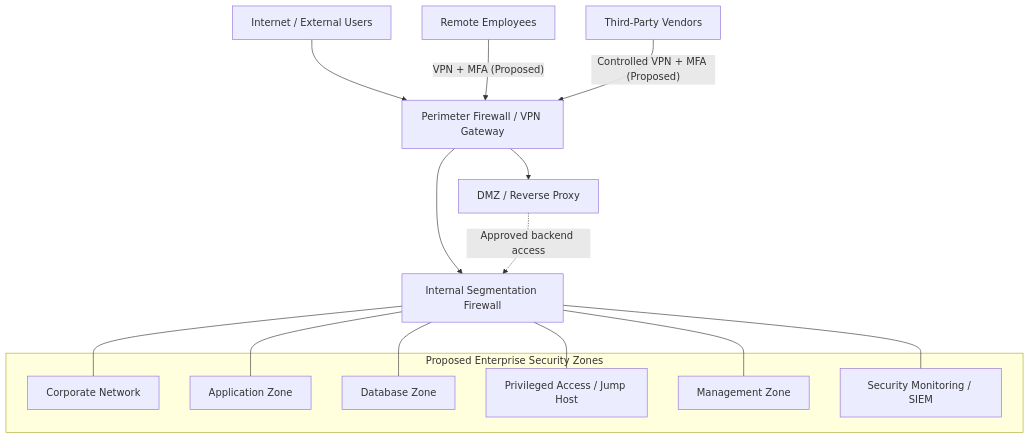
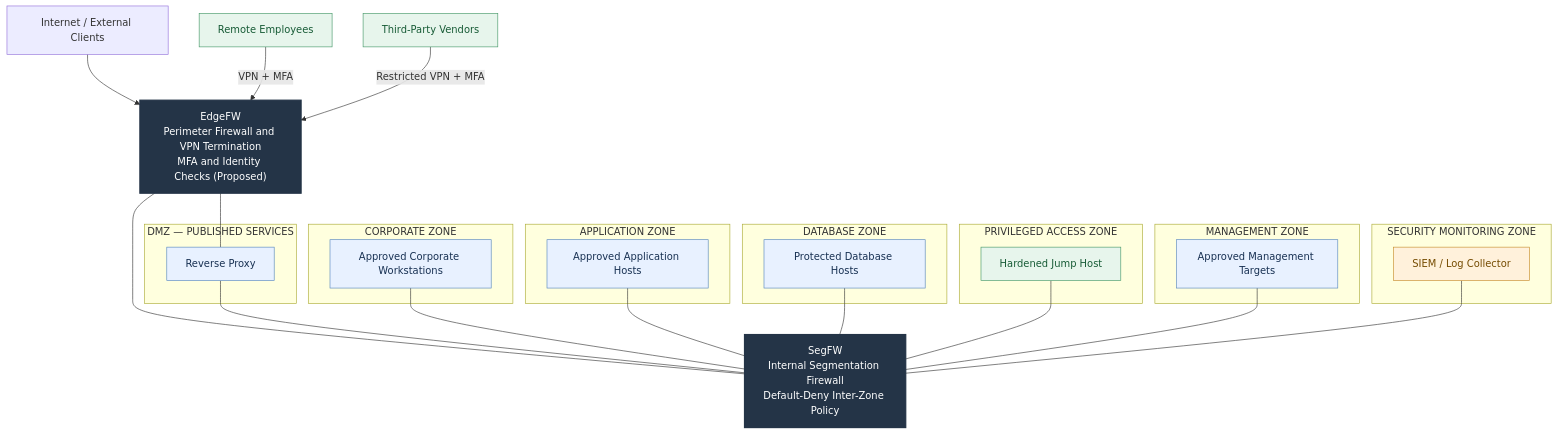
The second of 2 diagrams in enterprise-network-segmentation/06-proposed-secure-architecture.md (soallahim/security-architecture-portfolio), drawn with Mermaid before and after one commit. The commit also changed other lines of this file, not shown here.

Commit message:
Align detailed enterprise architecture diagram with reviewed README topology

````diff
--- a/enterprise-network-segmentation/06-proposed-secure-architecture.md
+++ b/enterprise-network-segmentation/06-proposed-secure-architecture.md
@@ -137,27 +141,62 @@
 ```mermaid
 flowchart TB
-    Internet["Internet / External Users"] --> EdgeFW["Perimeter Firewall / VPN Gateway"]
-    EdgeFW --> DMZ["DMZ / Reverse Proxy"]
-    EdgeFW --> SegFW["Internal Segmentation Firewall"]
+    EXT["Internet / External Clients"]
+    REMOTE["Remote Employees"]
+    VENDOR["Third-Party Vendors"]
 
-    Remote["Remote Employees"] -->|"VPN + MFA (Proposed)"| EdgeFW
-    Vendor["Third-Party Vendors"] -->|"Controlled VPN + MFA (Proposed)"| EdgeFW
+    EDGE["EdgeFW<br/>Perimeter Firewall and VPN Termination<br/>MFA and Identity Checks (Proposed)"]
+    SEG["SegFW<br/>Internal Segmentation Firewall<br/>Default-Deny Inter-Zone Policy"]
 
-    subgraph Protected["Proposed Enterprise Security Zones"]
-        Corp["Corporate Network"]
-        App["Application Zone"]
-        DB["Database Zone"]
-        PA["Privileged Access / Jump Host"]
-        Mgmt["Management Zone"]
-        SIEM["Security Monitoring / SIEM"]
+    subgraph DMZ_ZONE["DMZ — PUBLISHED SERVICES"]
+        PROXY["Reverse Proxy"]
     end
 
-    SegFW --- Corp
-    SegFW --- App
-    SegFW --- DB
-    SegFW --- PA
-    SegFW --- Mgmt
-    SegFW --- SIEM
+    subgraph CORP_ZONE["CORPORATE ZONE"]
+        USERS["Approved Corporate Workstations"]
+    end
 
-    DMZ -.->|"Approved backend access"| SegFW
+    subgraph APP_ZONE["APPLICATION ZONE"]
+        APP["Approved Application Hosts"]
+    end
+
+    subgraph DB_ZONE["DATABASE ZONE"]
+        DB["Protected Database Hosts"]
+    end
+
+    subgraph PA_ZONE["PRIVILEGED ACCESS ZONE"]
+        JUMP["Hardened Jump Host"]
+    end
+
+    subgraph MGMT_ZONE["MANAGEMENT ZONE"]
+        TARGETS["Approved Management Targets"]
+    end
+
+    subgraph SOC_ZONE["SECURITY MONITORING ZONE"]
+        SIEM["SIEM / Log Collector"]
+    end
+
+    EXT --> EDGE
+    REMOTE -->|"VPN + MFA"| EDGE
+    VENDOR -->|"Restricted VPN + MFA"| EDGE
+
+    EDGE --- PROXY
+    EDGE --- SEG
+
+    PROXY --- SEG
+    USERS --- SEG
+    APP --- SEG
+    DB --- SEG
+    JUMP --- SEG
+    TARGETS --- SEG
+    SIEM --- SEG
+
+    classDef firewall fill:#243447,color:#ffffff,stroke:#243447,stroke-width:2px
+    classDef workload fill:#e8f1ff,color:#183153,stroke:#5484bd
+    classDef privileged fill:#e7f5ec,color:#175b36,stroke:#439766
+    classDef monitoring fill:#fff1db,color:#754b00,stroke:#c58b28
+
+    class EDGE,SEG firewall
+    class PROXY,USERS,APP,DB,TARGETS workload
+    class JUMP,REMOTE,VENDOR privileged
+    class SIEM monitoring
 ```
````
